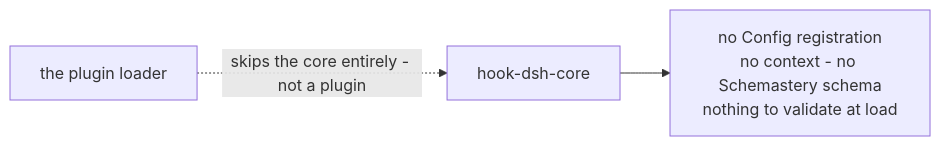
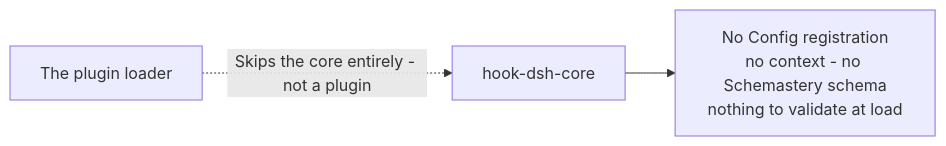
One commit to PlayForm/Site-DeepSeek changed the diagram in Source/Content/Mermaid/core-config-none.mmd. Above: the diagram before and after it, drawn with Mermaid. The commit also changed 174 other files, not shown here.

```diff
--- a/Source/Content/Mermaid/core-config-none.mmd
+++ b/Source/Content/Mermaid/core-config-none.mmd
@@ -1,3 +1,3 @@
 flowchart LR
-	LOADER["the plugin loader"] -. "skips the core entirely - not a plugin" .-> CORE["hook-dsh-core"]
-	CORE --> NONE["no Config registration<br/>no context - no Schemastery schema<br/>nothing to validate at load"]
+	LOADER["The plugin loader"] -. "Skips the core entirely - not a plugin" .-> CORE["hook-dsh-core"]
+	CORE --> NONE["No Config registration<br/>no context - no Schemastery schema<br/>nothing to validate at load"]
```
